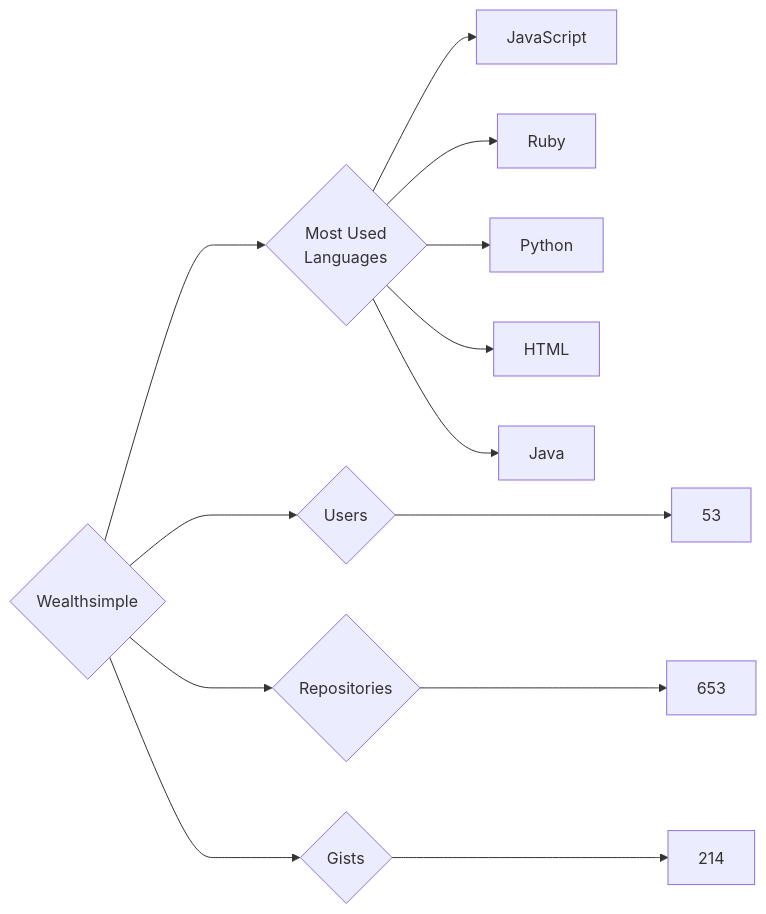
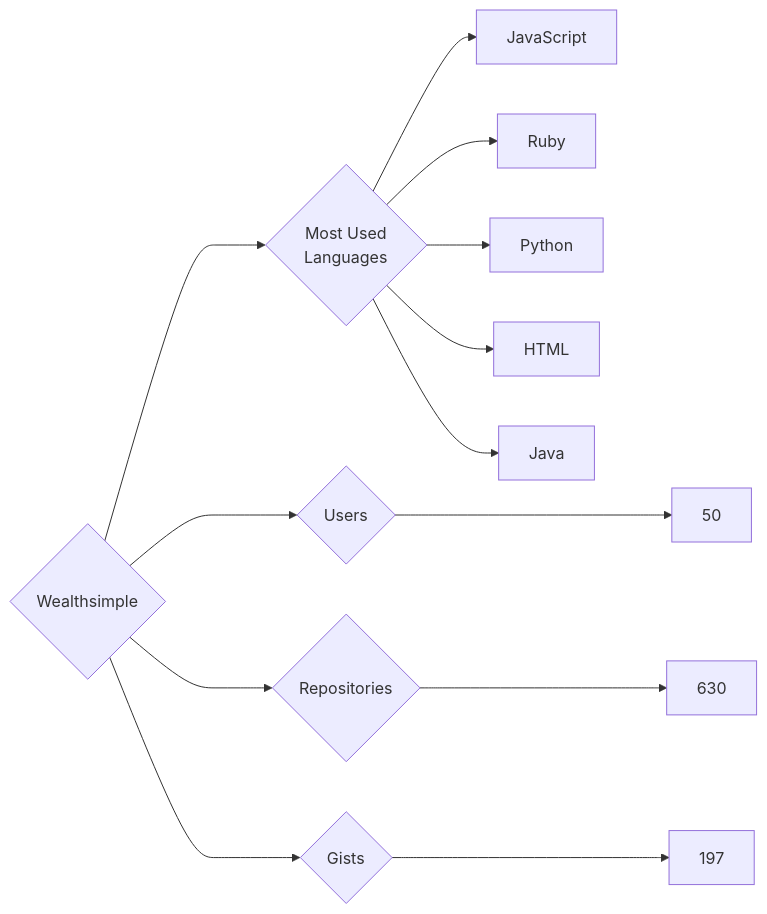
Before and after one commit to trickest/insiders: the diagram in targets/Wealthsimple/README.md, drawn with Mermaid. The commit also changed 806 other files, not shown here.

````diff
--- a/targets/Wealthsimple/README.md
+++ b/targets/Wealthsimple/README.md
@@ -3,13 +3,13 @@
 ```mermaid
 graph LR
 COMPANY_NAME{Wealthsimple}
-COMPANY_NAME ---> U{Users} ---> UN[53]
-COMPANY_NAME ---> R{Repositories} ---> RN[653]
-COMPANY_NAME ---> G{Gists} ---> GN[214]
+COMPANY_NAME ---> U{Users} ---> UN[50]
+COMPANY_NAME ---> R{Repositories} ---> RN[630]
+COMPANY_NAME ---> G{Gists} ---> GN[197]
 COMPANY_NAME ---> ML{Most Used<br>Languages}
 ML --> JavaScript[JavaScript]
 ML --> Ruby[Ruby]
 ML --> Python[Python]
 ML --> HTML[HTML]
 ML --> Java[Java]
 ```
````
